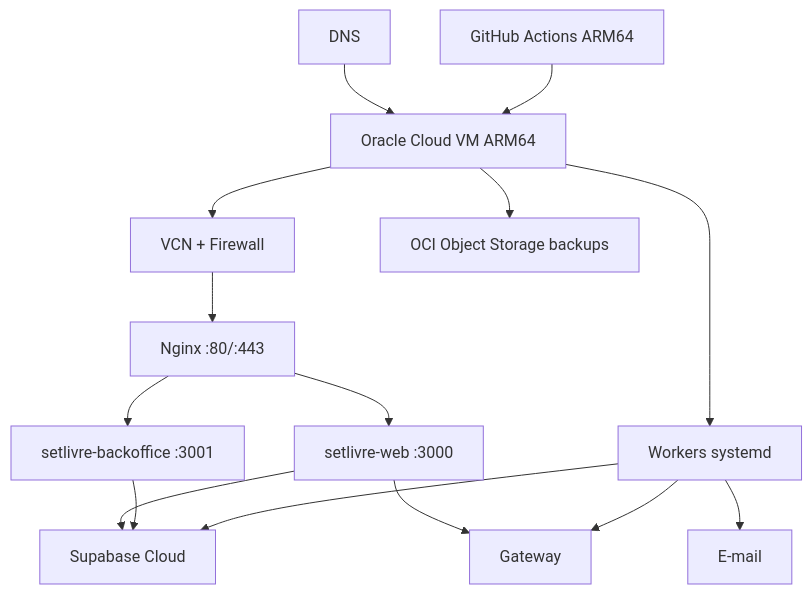
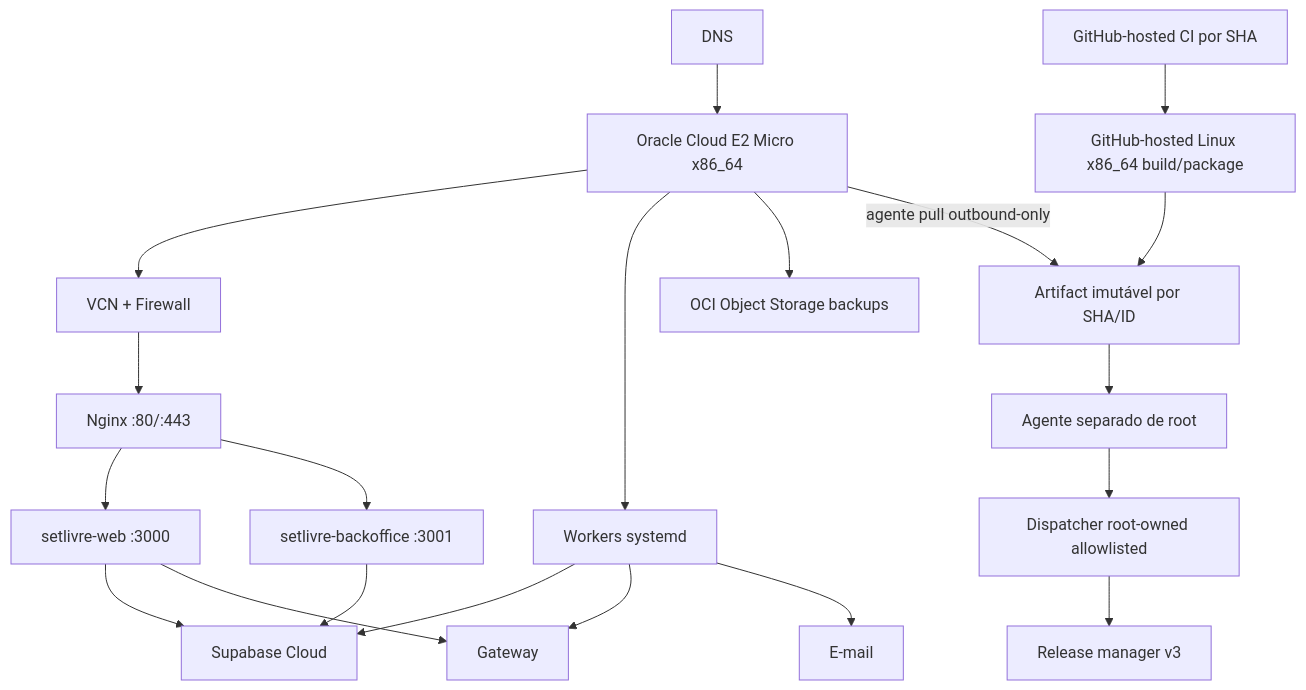
One commit to PedroRomeroM/set-livre changed the diagram in docs/infrastructure.md. Above: the diagram before and after it, drawn with Mermaid. The commit also changed other lines of this file and 137 other files, not shown here.

````diff
--- a/docs/infrastructure.md
+++ b/docs/infrastructure.md
@@ -5,19 +5,24 @@
 ```mermaid
 flowchart TB
-    DNS[DNS] --> OCI[Oracle Cloud VM ARM64]
+    DNS[DNS] --> OCI[Oracle Cloud E2 Micro x86_64]
     OCI --> FW[VCN + Firewall]
     FW --> NG[Nginx :80/:443]
     NG --> WEB[setlivre-web :3000]
     NG --> BO[setlivre-backoffice :3001]
     OCI --> WK[Workers systemd]
 
     WEB --> SB[Supabase Cloud]
     BO --> SB
     WK --> SB
 
     WEB --> PAY[Gateway]
     WK --> PAY
     WK --> MAIL[E-mail]
     OCI --> OBJ[OCI Object Storage backups]
-    CI[GitHub Actions ARM64] --> OCI
+    CI[GitHub-hosted CI por SHA] --> BUILD[GitHub-hosted Linux x86_64 build/package]
+    BUILD --> ART[Artifact imutável por SHA/ID]
+    OCI -->|agente pull outbound-only| ART
+    ART --> AGENT[Agente separado de root]
+    AGENT --> DISP[Dispatcher root-owned allowlisted]
+    DISP --> REL[Release manager v3]
 ```
````
